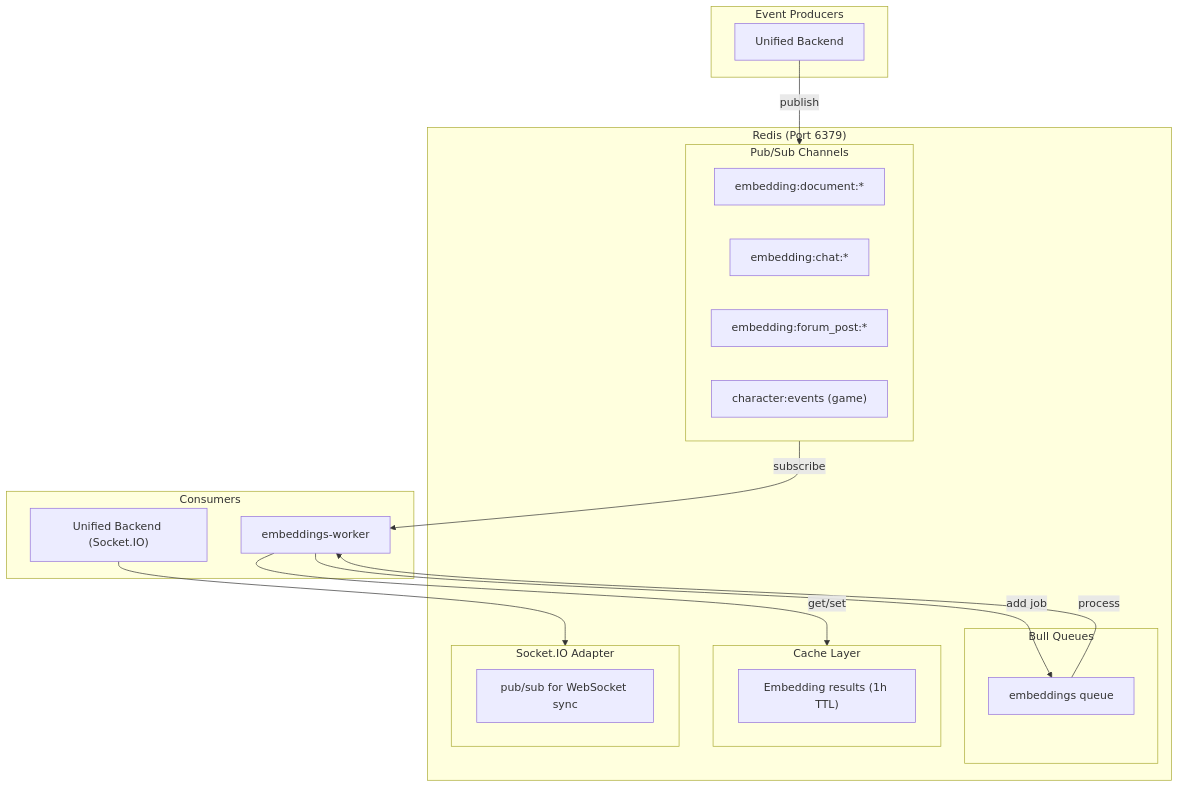
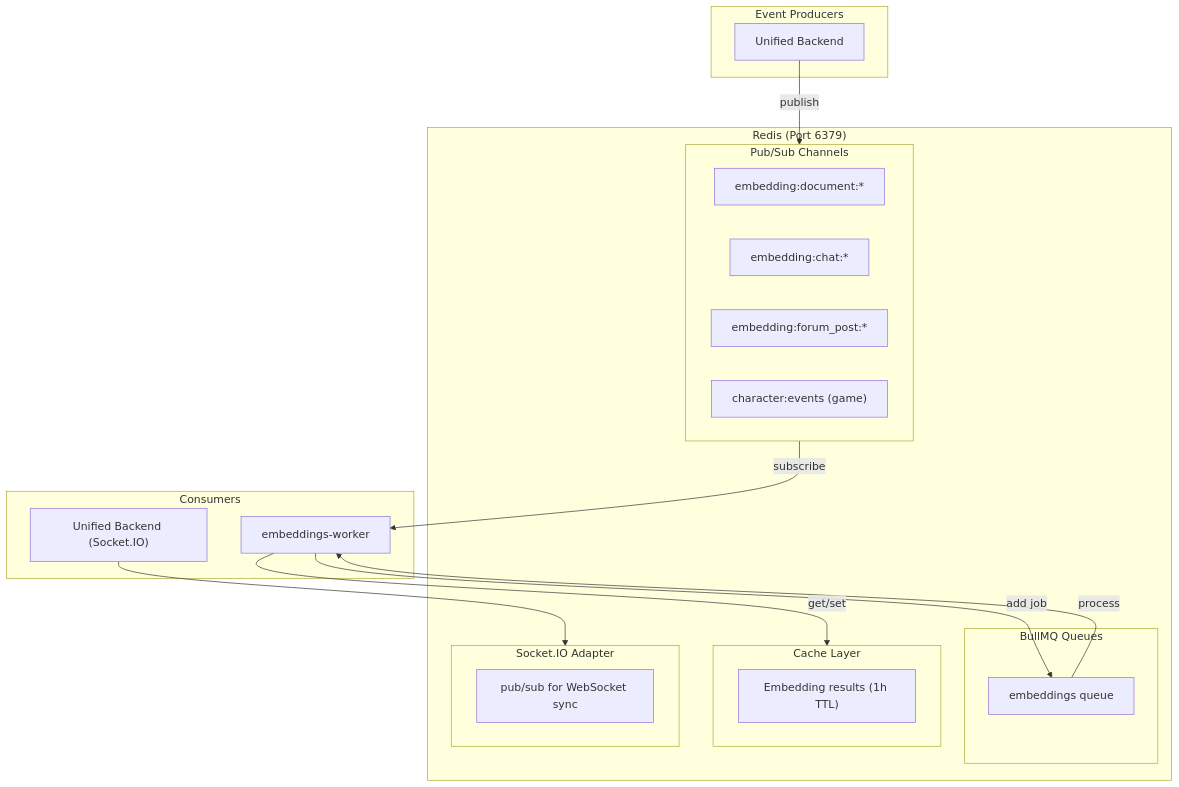
Before and after one commit to pagliagen/tenpennynovels: the first of 4 diagrams in docs/tecnica/infrastructure/redis-pubsub.md, drawn with Mermaid. The commit also changed other lines of this file and 34 other files, not shown here.

````diff
--- a/docs/tecnica/infrastructure/redis-pubsub.md
+++ b/docs/tecnica/infrastructure/redis-pubsub.md
@@ -24,39 +24,39 @@
 ```mermaid
 flowchart TB
     subgraph Redis["Redis (Port 6379)"]
         subgraph PubSub["Pub/Sub Channels"]
             E1["embedding:document:*"]
             E2["embedding:chat:*"]
             E3["embedding:forum_post:*"]
             E4["character:events (game)"]
         end
 
-        subgraph Bull["Bull Queues"]
+        subgraph Bull["BullMQ Queues"]
             Q1["embeddings queue"]
         end
 
         subgraph Cache["Cache Layer"]
             C1["Embedding results (1h TTL)"]
         end
 
         subgraph Adapter["Socket.IO Adapter"]
             A1["pub/sub for WebSocket sync"]
         end
     end
 
     subgraph Producers["Event Producers"]
         UB["Unified Backend"]
     end
 
     subgraph Consumers["Consumers"]
         EW["embeddings-worker"]
         UB2["Unified Backend (Socket.IO)"]
     end
 
     UB -->|"publish"| PubSub
     PubSub -->|"subscribe"| EW
     EW -->|"add job"| Q1
     Q1 -->|"process"| EW
     EW -->|"get/set"| Cache
     UB2 --> Adapter
 ```
````
